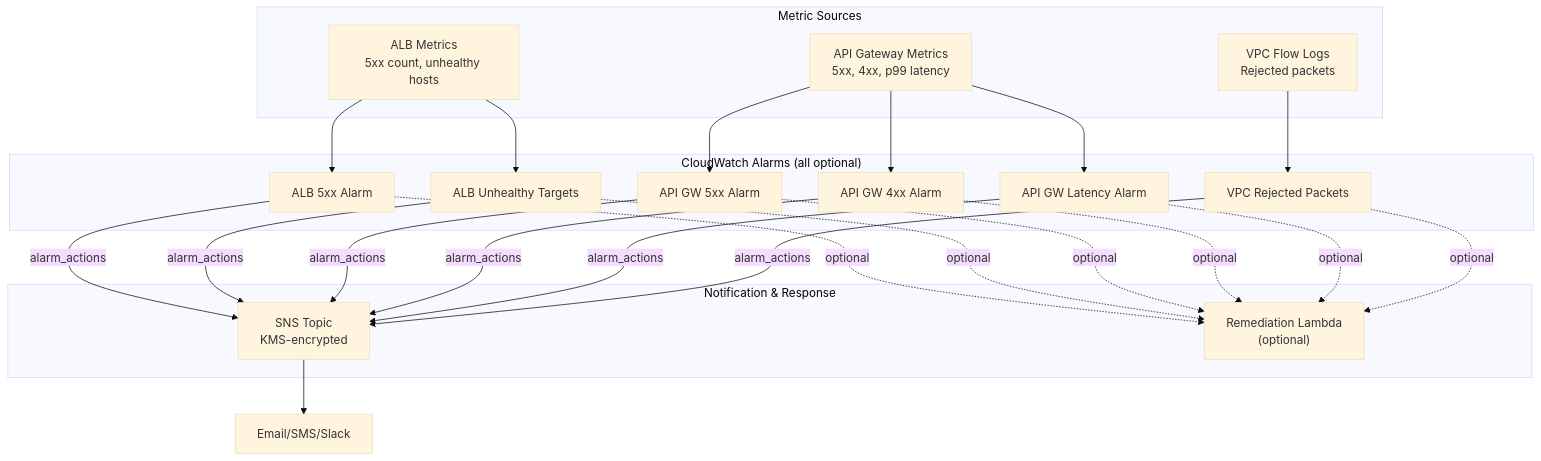
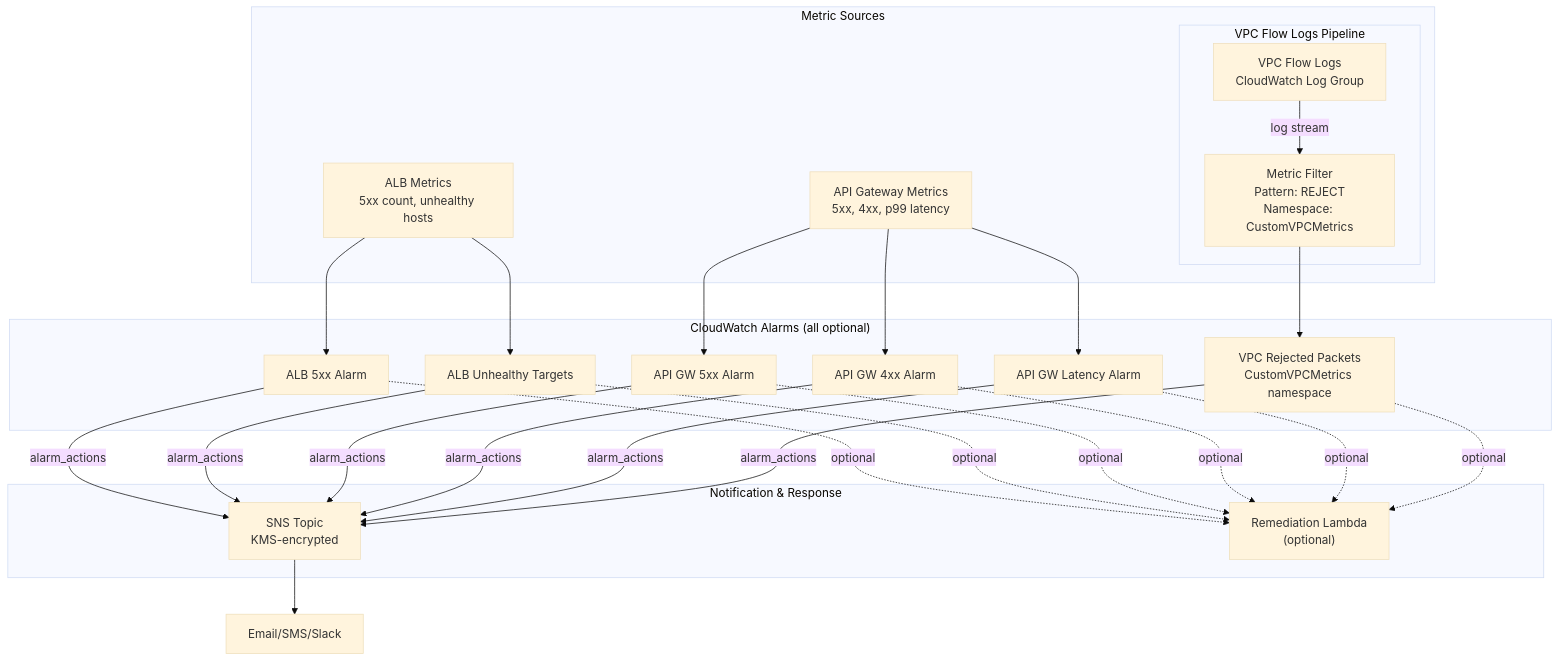
One commit to jsandov/mcp-infra changed the diagram in docs/architecture/cloudwatch-alarms.md. Above: the diagram before and after it, drawn with Mermaid (base theme). The commit also changed other lines of this file and 3 other files, not shown here.

First line of the commit message:
Update architecture diagrams for WAF audit fixes

````diff
--- a/docs/architecture/cloudwatch-alarms.md
+++ b/docs/architecture/cloudwatch-alarms.md
@@ -3,34 +3,39 @@
 ```mermaid
 flowchart TB
     subgraph Metrics["Metric Sources"]
         ALB["ALB Metrics<br/>5xx count, unhealthy hosts"]
         APIGW["API Gateway Metrics<br/>5xx, 4xx, p99 latency"]
-        VPC["VPC Flow Logs<br/>Rejected packets"]
+        subgraph VPCFlow["VPC Flow Logs Pipeline"]
+            FlowLogs["VPC Flow Logs<br/>CloudWatch Log Group"]
+            MetricFilter["Metric Filter<br/>Pattern: REJECT<br/>Namespace: CustomVPCMetrics"]
+        end
     end
+
+    FlowLogs -->|"log stream"| MetricFilter
 
     subgraph Alarms["CloudWatch Alarms (all optional)"]
         A1["ALB 5xx Alarm"]
         A2["ALB Unhealthy Targets"]
         A3["API GW 5xx Alarm"]
         A4["API GW 4xx Alarm"]
         A5["API GW Latency Alarm"]
-        A6["VPC Rejected Packets"]
+        A6["VPC Rejected Packets<br/>CustomVPCMetrics namespace"]
     end
 
     ALB --> A1
     ALB --> A2
     APIGW --> A3
     APIGW --> A4
     APIGW --> A5
-    VPC --> A6
+    MetricFilter --> A6
 
     subgraph Notifications["Notification & Response"]
         SNS["SNS Topic<br/>KMS-encrypted"]
         Lambda["Remediation Lambda<br/>(optional)"]
     end
 
     A1 & A2 & A3 & A4 & A5 & A6 -->|"alarm_actions"| SNS
     A1 & A2 & A3 & A4 & A5 & A6 -.->|"optional"| Lambda
 
     SNS --> Email["Email/SMS/Slack"]
 ```
````
